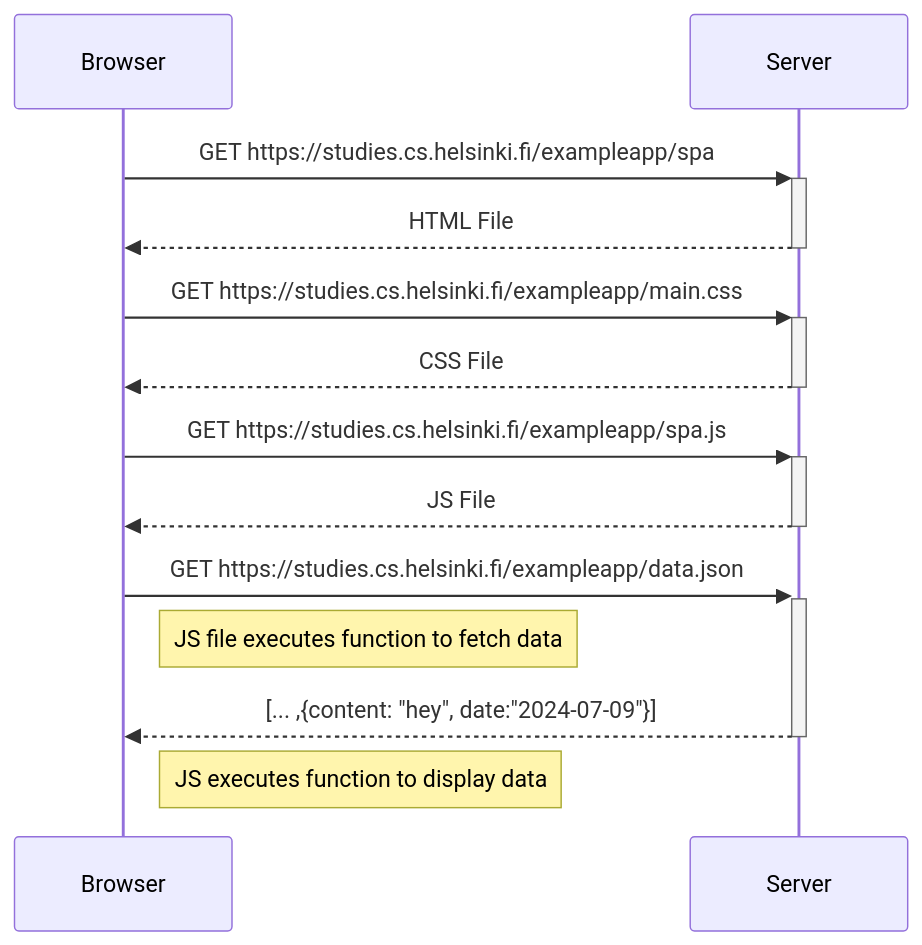
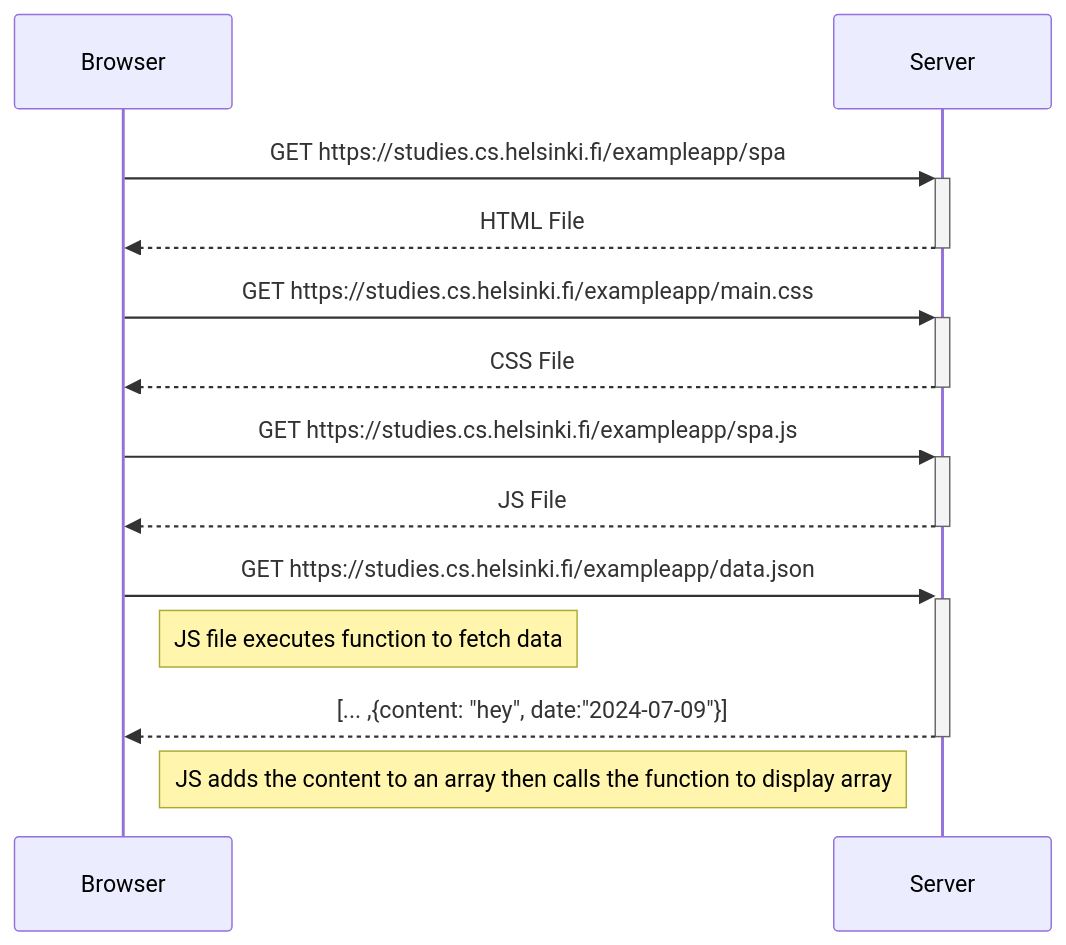
One commit to cottonBuds211/React-Course-fullstackopen changed the diagram in Part0/0.5.md. Above: the diagram before and after it, drawn with Mermaid. The commit also changed 1 other file, not shown here.

Commit message:
Exercises

````diff
--- a/Part0/0.5.md
+++ b/Part0/0.5.md
@@ -1,16 +1,16 @@
 ```mermaid
     sequenceDiagram
         participant Browser
         participant Server
 
         Browser->>+Server: GET https://studies.cs.helsinki.fi/exampleapp/spa
         Server-->>-Browser: HTML File
         Browser->>+Server: GET https://studies.cs.helsinki.fi/exampleapp/main.css
         Server-->>-Browser: CSS File
         Browser->>+Server: GET https://studies.cs.helsinki.fi/exampleapp/spa.js
         Server-->>-Browser: JS File
         Browser->>+Server: GET https://studies.cs.helsinki.fi/exampleapp/data.json
         Note right of Browser: JS file executes function to fetch data
         Server-->>-Browser:  [... ,{content: "hey", date:"2024-07-09"}]
-        Note right of Browser: JS executes function to display data
+        Note right of Browser: JS adds the content to an array then calls the function to display array
 ```
````
